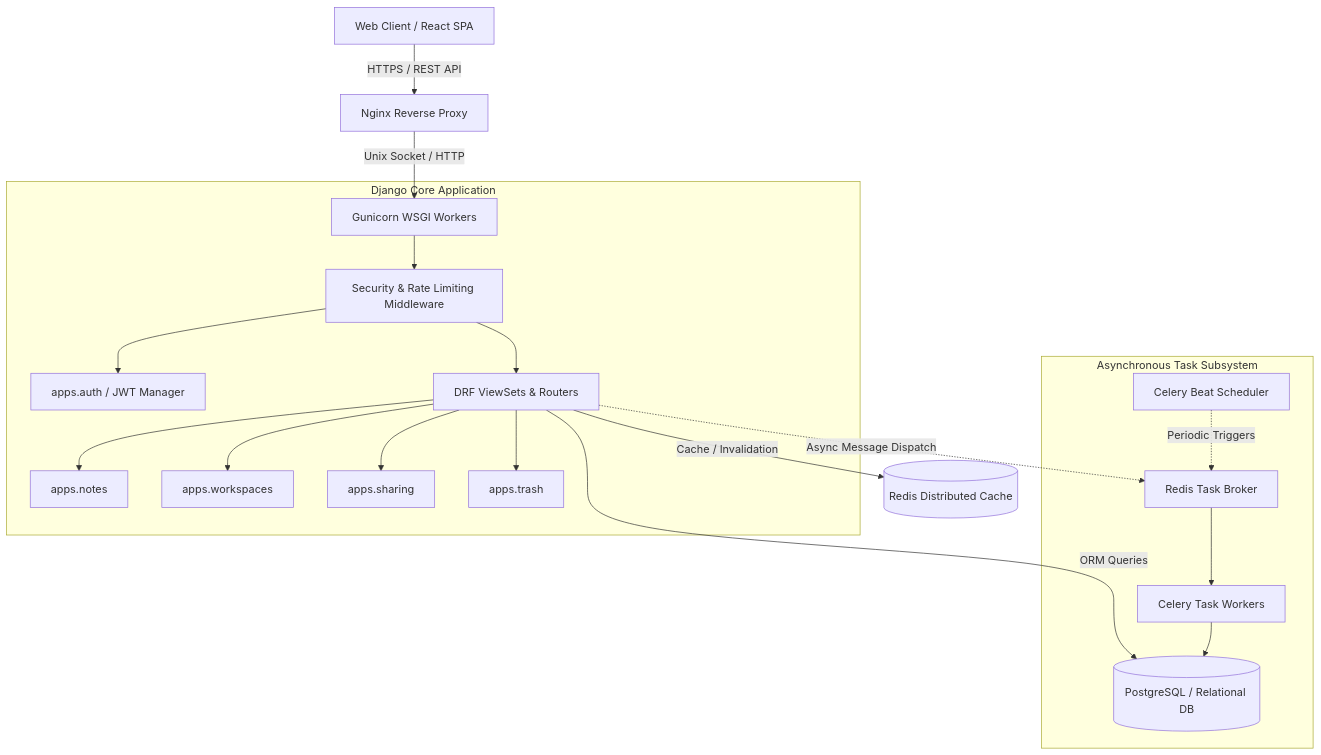
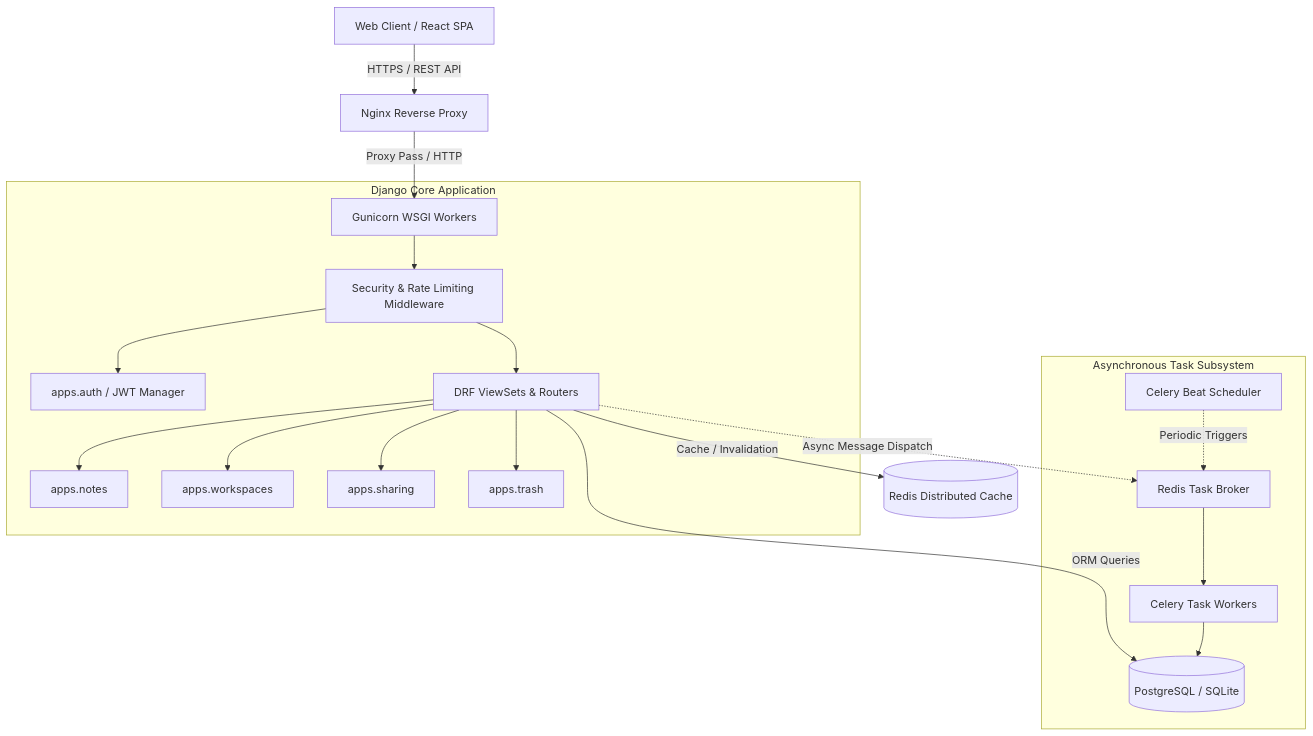
Before and after one commit to junaiddbz/Scriba-NotesApp-React-Django: the diagram in backend/README.md, drawn with Mermaid. The commit also changed other lines of this file and 2 other files, not shown here.

````diff
--- a/backend/README.md
+++ b/backend/README.md
@@ -18,25 +18,25 @@
 ```mermaid
 graph TD
     Client[Web Client / React SPA] -->|HTTPS / REST API| Nginx[Nginx Reverse Proxy]
-    Nginx -->|Unix Socket / HTTP| Gunicorn[Gunicorn WSGI Workers]
+    Nginx -->|Proxy Pass / HTTP| Gunicorn[Gunicorn WSGI Workers]
     
     subgraph Django Core Application
         Gunicorn --> Middleware[Security & Rate Limiting Middleware]
         Middleware --> AuthModule[apps.auth / JWT Manager]
         Middleware --> Router[DRF ViewSets & Routers]
         Router --> NotesApp[apps.notes]
         Router --> WorkspaceApp[apps.workspaces]
         Router --> SharingApp[apps.sharing]
         Router --> TrashApp[apps.trash]
     end
 
-    Router -->|ORM Queries| Postgres[(PostgreSQL / Relational DB)]
+    Router -->|ORM Queries| Postgres[(PostgreSQL / SQLite)]
     Router -->|Cache / Invalidation| Redis[(Redis Distributed Cache)]
     
     subgraph Asynchronous Task Subsystem
         Router -.->|Async Message Dispatch| RedisBroker[Redis Task Broker]
         RedisBroker --> CeleryWorker[Celery Task Workers]
         CeleryBeat[Celery Beat Scheduler] -.->|Periodic Triggers| RedisBroker
         CeleryWorker --> Postgres
     end
 ```
````
